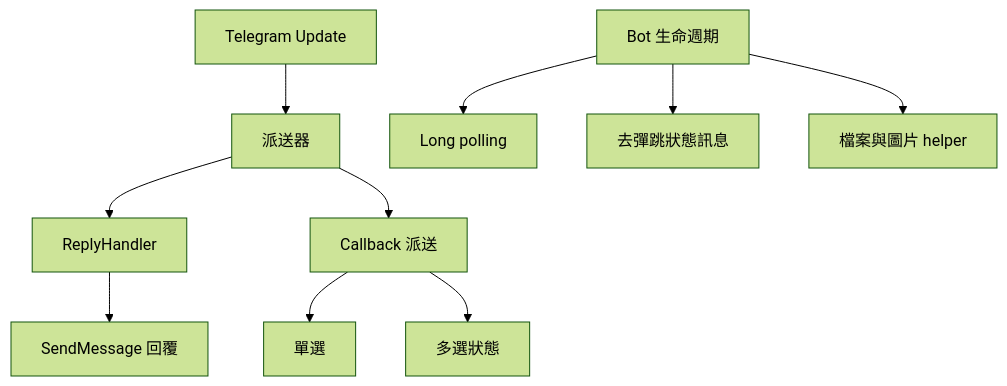
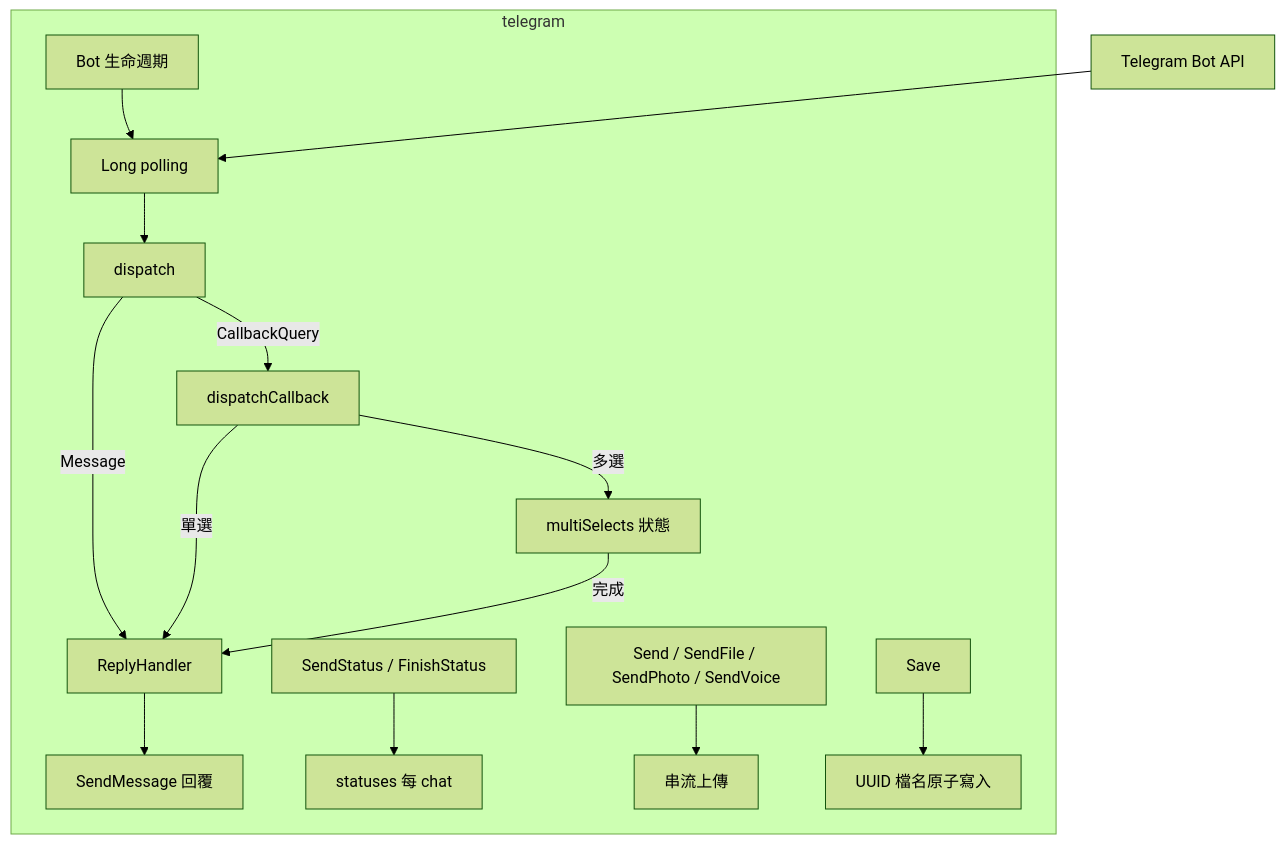
The second of 7 diagrams in doc/architecture.zh.md (pardnchiu/go-bot), drawn with Mermaid (forest theme) before and after one commit. The commit also changed other lines of this file and 5 other files, not shown here.

````diff
--- a/doc/architecture.zh.md
+++ b/doc/architecture.zh.md
@@ -24,12 +29,17 @@
 ```mermaid
 graph TB
-    Update[Telegram Update] --> Dispatch[派送器]
-    Dispatch --> Handler[ReplyHandler]
-    Handler --> Reply[SendMessage 回覆]
-    Dispatch --> Callback[Callback 派送]
-    Callback --> Single[單選]
-    Callback --> Multi[多選狀態]
-    Bot[Bot 生命週期] --> Poll[Long polling]
-    Bot --> Status[去彈跳狀態訊息]
-    Bot --> Media[檔案與圖片 helper]
+    subgraph telegram
+        Bot[Bot 生命週期] --> Poll[Long polling]
+        Poll --> Dispatch[dispatch]
+        Dispatch -->|Message| Handler[ReplyHandler]
+        Dispatch -->|CallbackQuery| Callback[dispatchCallback]
+        Callback -->|單選| Handler
+        Callback -->|多選| Multi[multiSelects 狀態]
+        Multi -->|完成| Handler
+        Handler --> Reply[SendMessage 回覆]
+        Status[SendStatus / FinishStatus] --> Statuses[statuses 每 chat]
+        Media[Send / SendFile / SendPhoto / SendVoice] --> Upload[串流上傳]
+        Save[Save] --> Disk[UUID 檔名原子寫入]
+    end
+    API[Telegram Bot API] --> Poll
 ```
````
